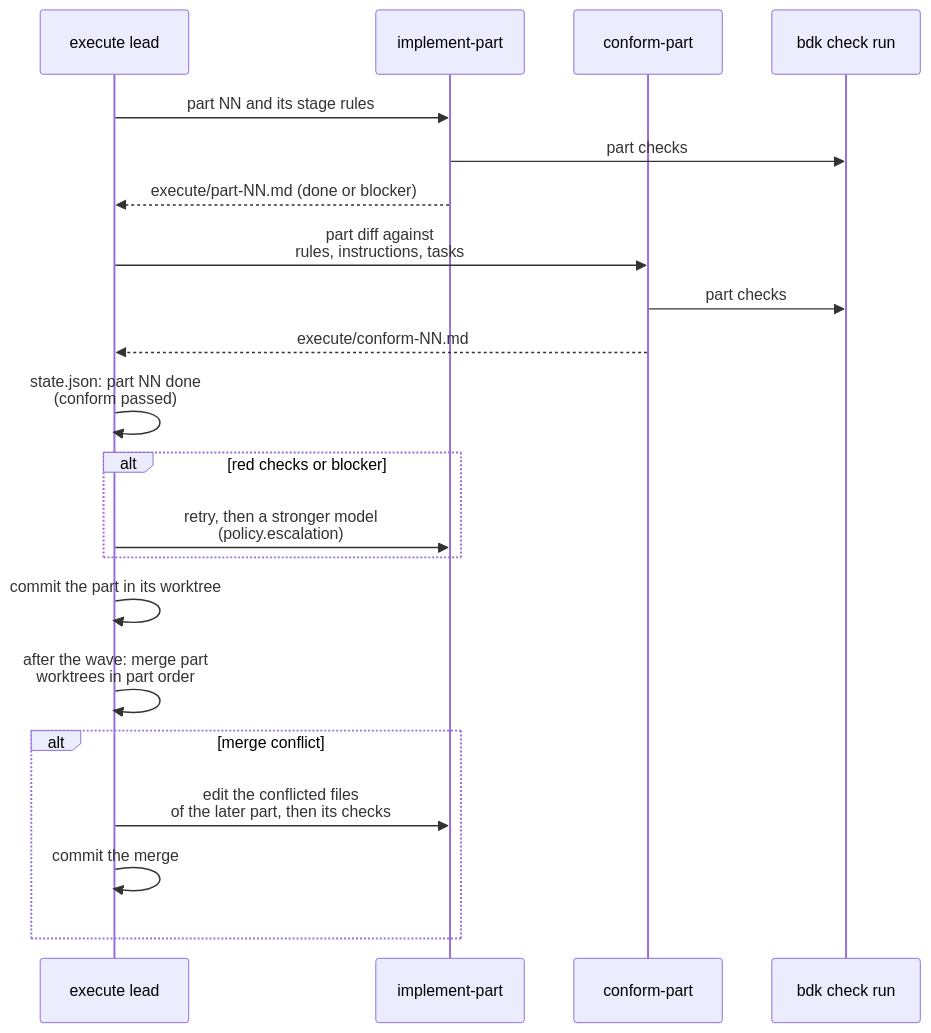
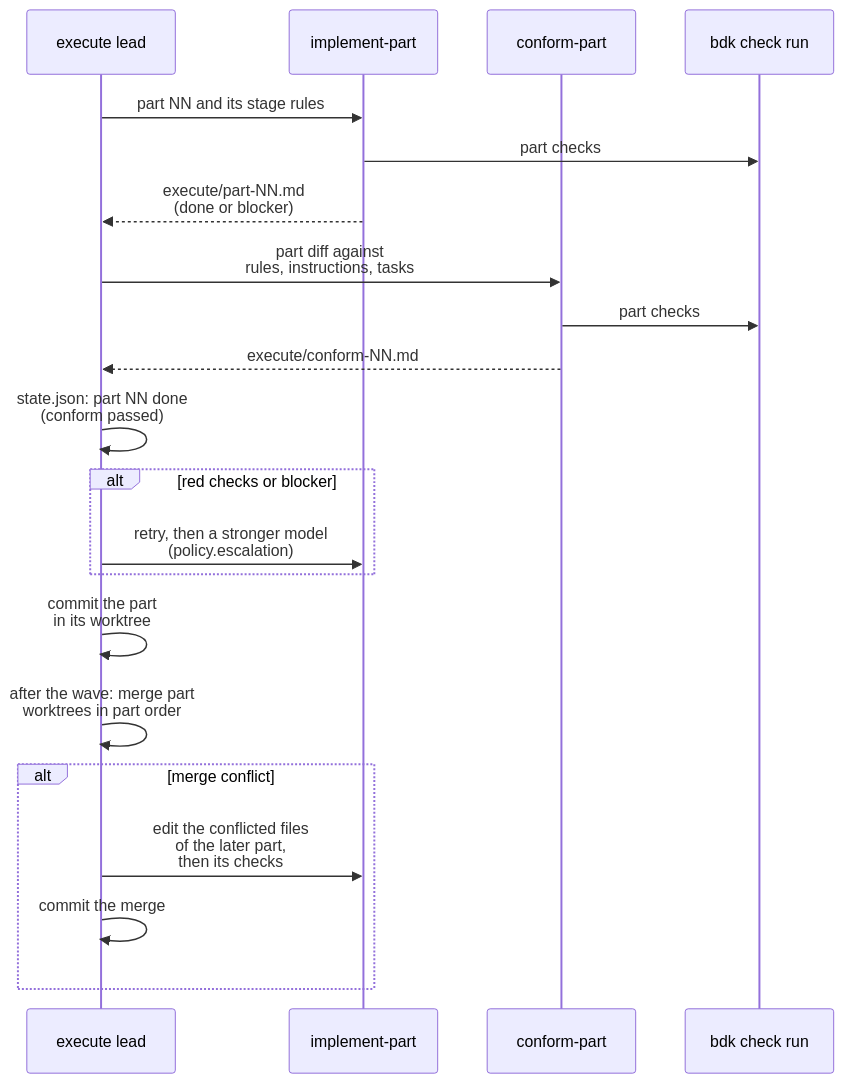
One commit to broneq/bdk changed the ninth of 12 diagrams in docs/design/2026-10-07-v3-architecture.md. Above: the diagram before and after it, drawn with Mermaid. The commit also changed other lines of this file and 20 other files, not shown here.

First line of the commit message:
fix(docs): fit every diagram into the content column

````diff
--- a/docs/design/2026-10-07-v3-architecture.md
+++ b/docs/design/2026-10-07-v3-architecture.md
@@ -367,23 +373,23 @@
 ```mermaid
 sequenceDiagram
   participant L as execute lead
   participant I as implement-part
   participant F as conform-part
   participant C as bdk check run
   L->>I: part NN and its stage rules
   I->>C: part checks
-  I-->>L: execute/part-NN.md (done or blocker)
+  I-->>L: execute/part-NN.md<br/>(done or blocker)
   L->>F: part diff against<br/>rules, instructions, tasks
   F->>C: part checks
   F-->>L: execute/conform-NN.md
   L->>L: state.json: part NN done<br/>(conform passed)
   alt red checks or blocker
     L->>I: retry, then a stronger model<br/>(policy.escalation)
   end
-  L->>L: commit the part in its worktree
+  L->>L: commit the part<br/>in its worktree
   L->>L: after the wave: merge part<br/>worktrees in part order
   alt merge conflict
-    L->>I: edit the conflicted files<br/>of the later part, then its checks
+    L->>I: edit the conflicted files<br/>of the later part,<br/>then its checks
     L->>L: commit the merge
   end
 ```
````
